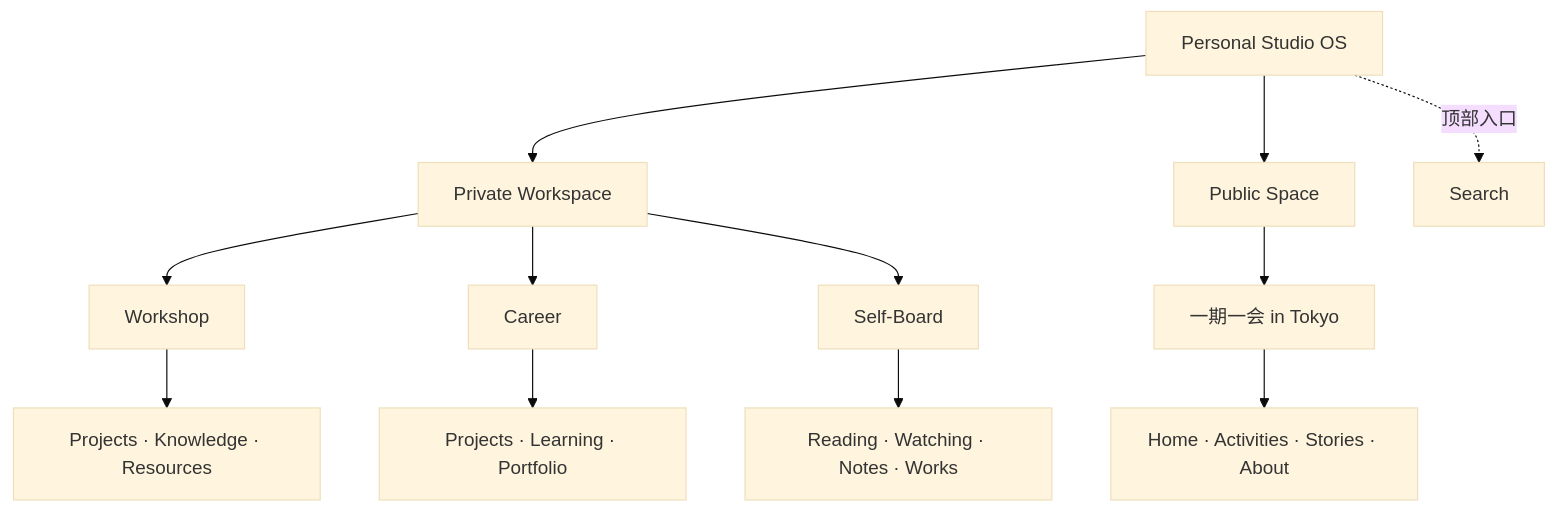
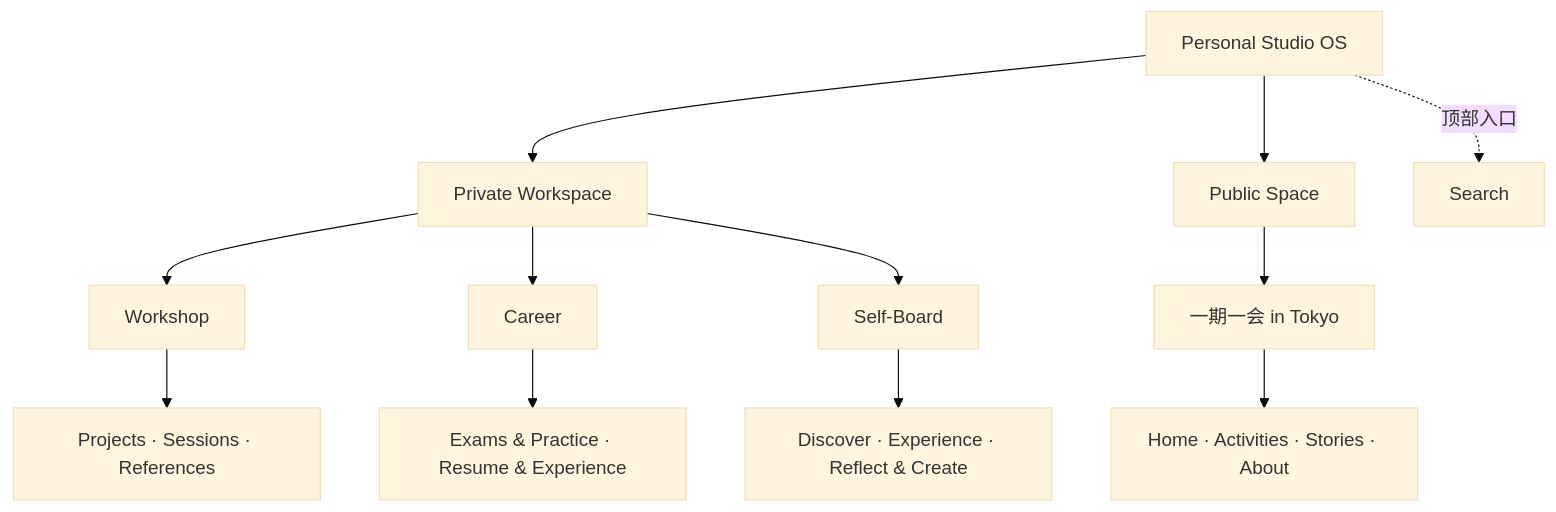
The diagram in docs/architecture.md (Emily95Yi/personal-studio-os), drawn with Mermaid (base theme) before and after one commit. The commit also changed other lines of this file and 4 other files, not shown here.

Commit message:
Clarify Workshop, Career, and Self-Board boundaries

````diff
--- a/docs/architecture.md
+++ b/docs/architecture.md
@@ -5,10 +5,10 @@
 ```mermaid
 flowchart TB
   Home["Personal Studio OS"] --> Private["Private Workspace"]
   Home --> Public["Public Space"]
-  Private --> Workshop["Workshop"] --> W["Projects · Knowledge · Resources"]
-  Private --> Career["Career"] --> C["Projects · Learning · Portfolio"]
-  Private --> Self["Self-Board"] --> S["Reading · Watching · Notes · Works"]
+  Private --> Workshop["Workshop"] --> W["Projects · Sessions · References"]
+  Private --> Career["Career"] --> C["Exams & Practice · Resume & Experience"]
+  Private --> Self["Self-Board"] --> S["Discover · Experience · Reflect & Create"]
   Public --> Tokyo["一期一会 in Tokyo"] --> T["Home · Activities · Stories · About"]
   Home -. "顶部入口" .-> Search["Search"]
 ```
````
